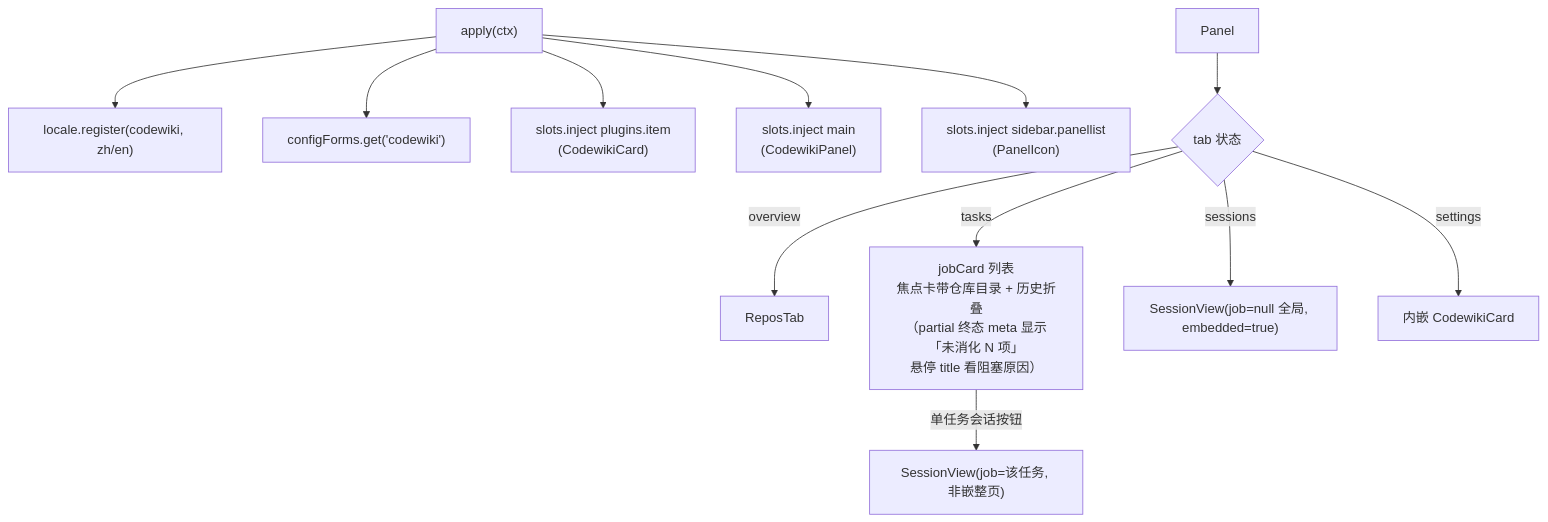
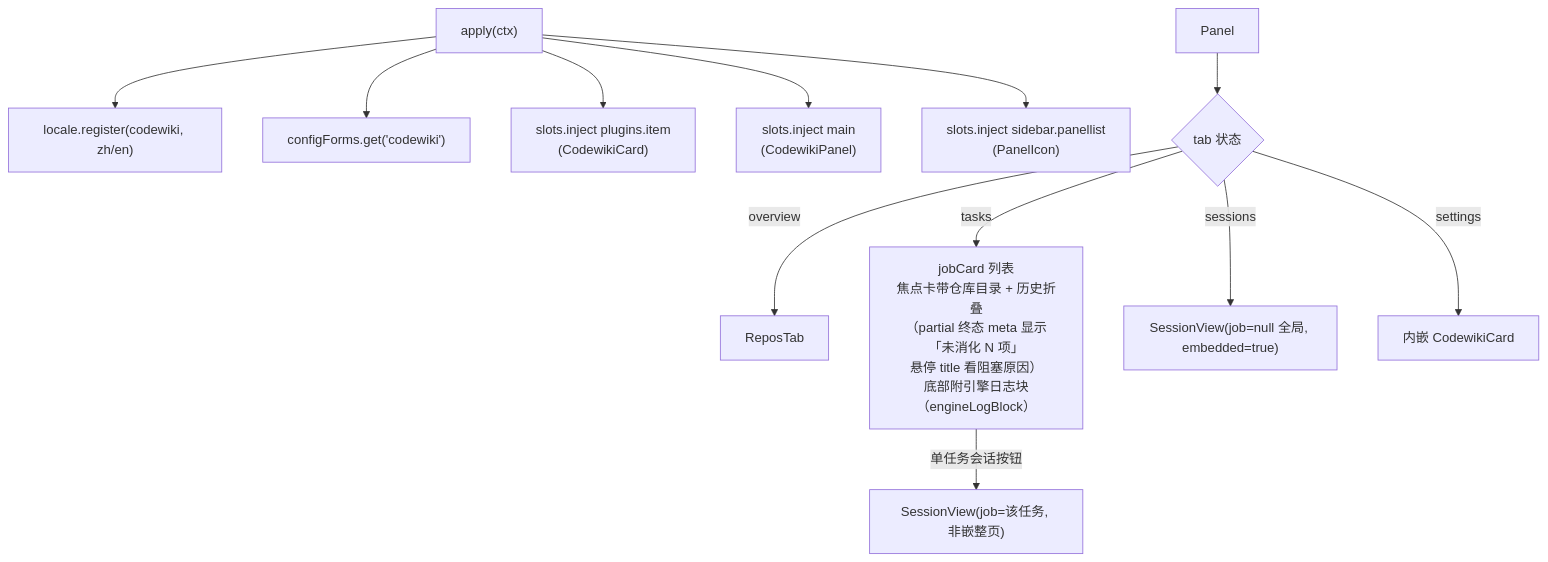
One commit to ikliml666/dsh-codewiki changed the second of 5 diagrams in .codewiki/_native-state/docs/client_ui.md. Above: the diagram before and after it, drawn with Mermaid. The commit also changed other lines of this file and 16 other files, not shown here.

````diff
--- a/.codewiki/_native-state/docs/client_ui.md
+++ b/.codewiki/_native-state/docs/client_ui.md
@@ -64,14 +67,14 @@
 ```mermaid
 flowchart TD
     Apply["apply(ctx)"] --> Dict["locale.register(codewiki, zh/en)"]
     Apply --> Form["configForms.get('codewiki')"]
     Apply --> M1["slots.inject plugins.item<br/>(CodewikiCard)"]
     Apply --> M2["slots.inject main<br/>(CodewikiPanel)"]
     Apply --> M3["slots.inject sidebar.panellist<br/>(PanelIcon)"]
     Panel --> Tabs{"tab 状态"}
     Tabs -->|overview| ReposTab
-    Tabs -->|tasks| JobList["jobCard 列表<br/>焦点卡带仓库目录 + 历史折叠<br/>（partial 终态 meta 显示「未消化 N 项」<br/>悬停 title 看阻塞原因）"]
+    Tabs -->|tasks| JobList["jobCard 列表<br/>焦点卡带仓库目录 + 历史折叠<br/>（partial 终态 meta 显示「未消化 N 项」<br/>悬停 title 看阻塞原因）<br/>底部附引擎日志块（engineLogBlock）"]
     Tabs -->|sessions| SessionViewG["SessionView(job=null 全局, embedded=true)"]
     Tabs -->|settings| Card2["内嵌 CodewikiCard"]
     JobList -- "单任务会话按钮" --> SessionViewJ["SessionView(job=该任务, 非嵌整页)"]
 ```
````
